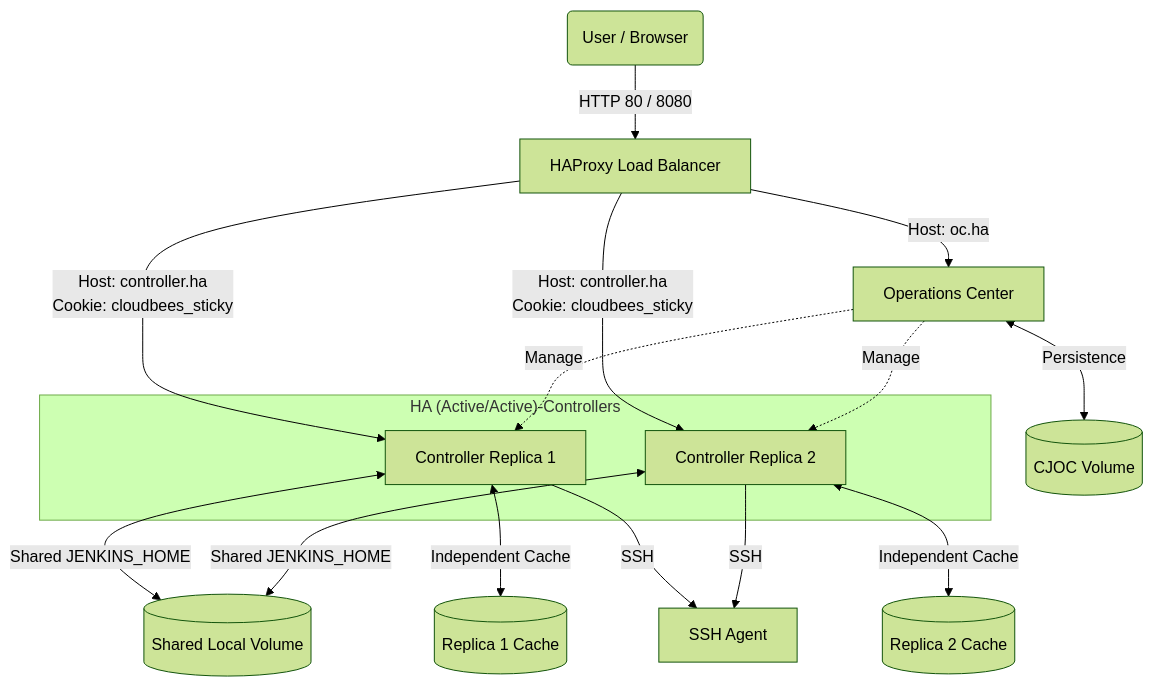
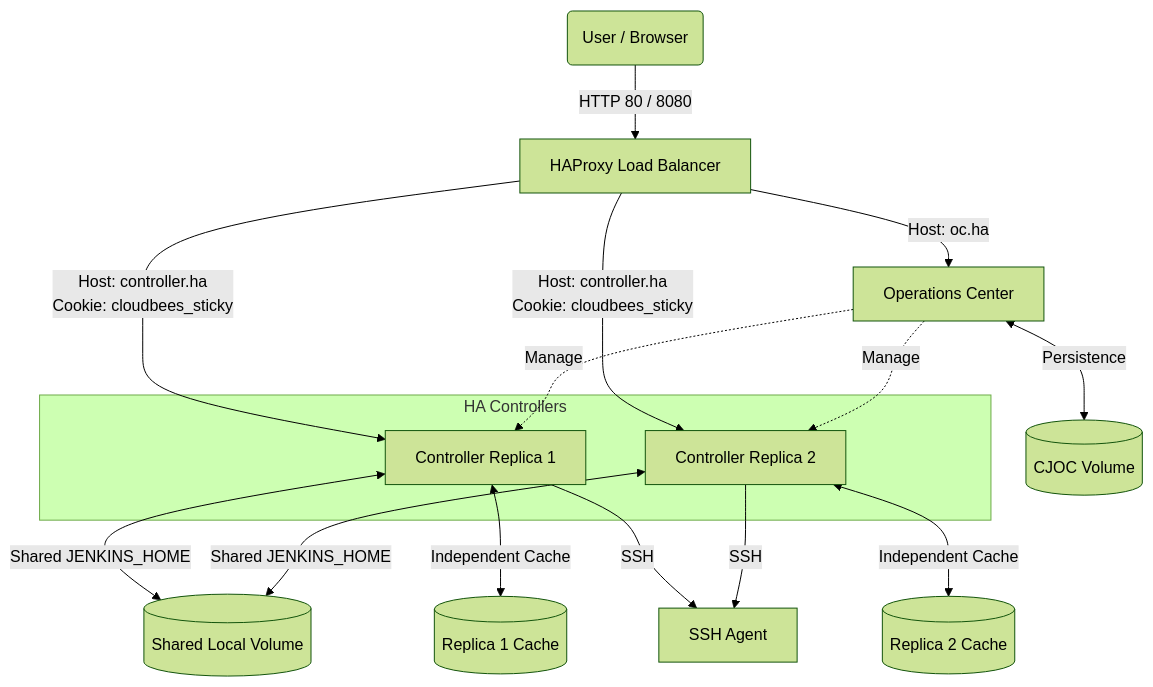
The first of 3 diagrams in README.md (cb-ci/ci-traditional-ha), drawn with Mermaid (forest theme) before and after one commit. The commit also changed other lines of this file, not shown here.

Commit message:
feat: Introduce internal debug notes and tool versions, disable CaSC plugins, and clarify README diagram.

````diff
--- a/README.md
+++ b/README.md
@@ -25,27 +25,27 @@
 ```mermaid
 graph TD
     Client(User / Browser) -->|HTTP 80 / 8080| HAProxy[HAProxy Load Balancer]
     
     HAProxy -->|Host: oc.ha| CJOC[Operations Center]
     
-    subgraph HA_Controllers ["HA (Active/Active)-Controllers"]
+    subgraph HA_Controllers ["HA Controllers"]
         Controller1[Controller Replica 1]
         Controller2[Controller Replica 2]
     end
     
     HAProxy -->|Host: controller.ha<br>Cookie: cloudbees_sticky| Controller1
     HAProxy -->|Host: controller.ha<br>Cookie: cloudbees_sticky| Controller2
     
     CJOC <-->|Persistence| CJOCHome[(CJOC Volume)]
     Controller1 <-->|Shared JENKINS_HOME| JenkinsHome[(Shared Local Volume)]
     Controller2 <-->|Shared JENKINS_HOME| JenkinsHome
     
     Controller1 <-->|Independent Cache| Cache1[(Replica 1 Cache)]
     Controller2 <-->|Independent Cache| Cache2[(Replica 2 Cache)]
     
     Controller1 -->|SSH| SSHAgent[SSH Agent]
     Controller2 -->|SSH| SSHAgent
     
     CJOC -.->|Manage| Controller1
     CJOC -.->|Manage| Controller2
 ```
````
